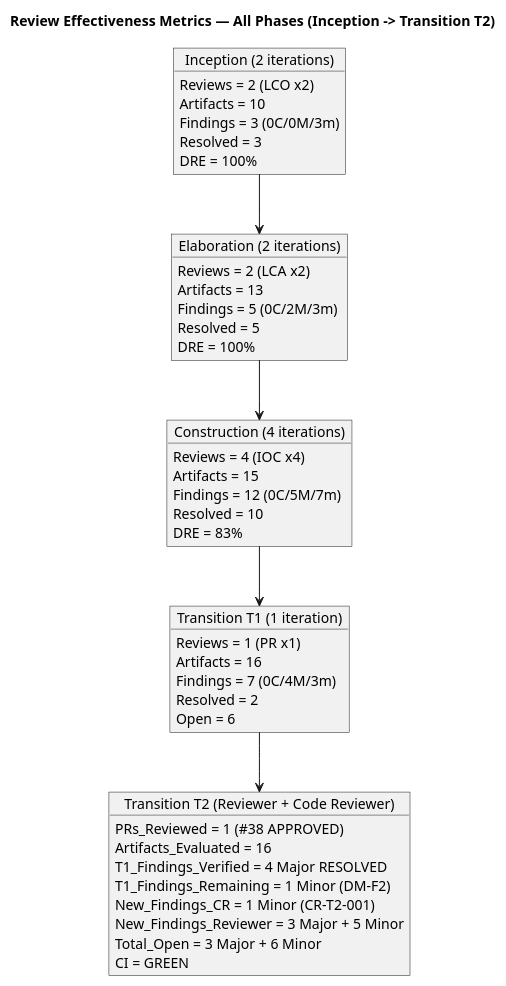
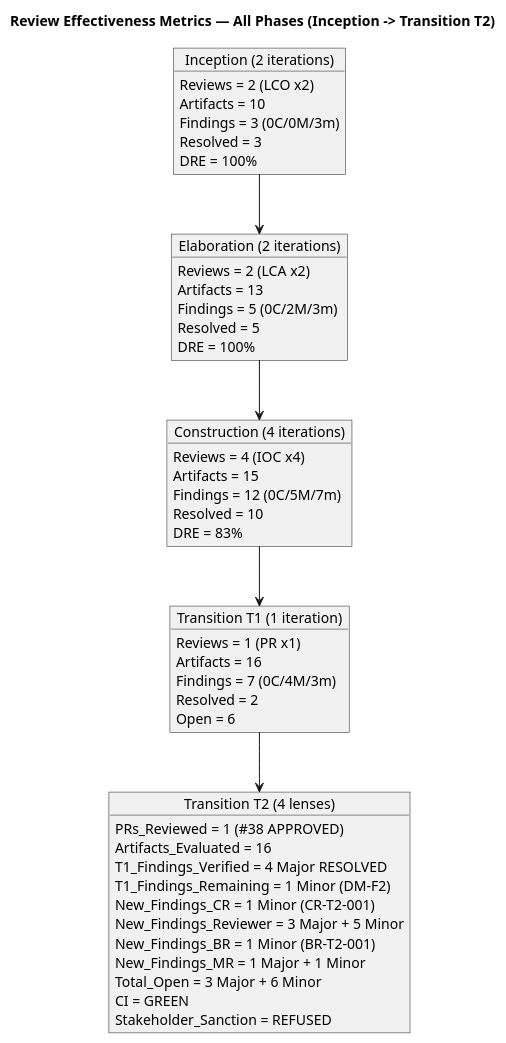
One commit to banense-test/portal-cuba-corp changed the third of 7 diagrams in docs/artifacts/project-management/review-record.md. Above: the diagram before and after it, drawn with PlantUML. The commit also changed other lines of this file, not shown here.

First line of the commit message:
Management Reviewer [T2]: upsert Review Record

````diff
--- a/docs/artifacts/project-management/review-record.md
+++ b/docs/artifacts/project-management/review-record.md
@@ -703,59 +373,62 @@
 ```plantuml
 @startuml
 title Review Effectiveness Metrics — All Phases (Inception -> Transition T2)
 
 skinparam classAttributeIconSize 0
 skinparam classBackgroundColor #F0F4FF
 skinparam classBorderColor #336699
 skinparam shadowing false
 
 object "Inception (2 iterations)" as INC {
   Reviews = 2 (LCO x2)
   Artifacts = 10
   Findings = 3 (0C/0M/3m)
   Resolved = 3
   DRE = 100%
 }
 
 object "Elaboration (2 iterations)" as ELA {
   Reviews = 2 (LCA x2)
   Artifacts = 13
   Findings = 5 (0C/2M/3m)
   Resolved = 5
   DRE = 100%
 }
 
 object "Construction (4 iterations)" as CON {
   Reviews = 4 (IOC x4)
   Artifacts = 15
   Findings = 12 (0C/5M/7m)
   Resolved = 10
   DRE = 83%
 }
 
 object "Transition T1 (1 iteration)" as TRA1 {
   Reviews = 1 (PR x1)
   Artifacts = 16
   Findings = 7 (0C/4M/3m)
   Resolved = 2
   Open = 6
 }
 
-object "Transition T2 (Reviewer + Code Reviewer)" as TRA2 {
+object "Transition T2 (4 lenses)" as TRA2 {
   PRs_Reviewed = 1 (#38 APPROVED)
   Artifacts_Evaluated = 16
   T1_Findings_Verified = 4 Major RESOLVED
   T1_Findings_Remaining = 1 Minor (DM-F2)
   New_Findings_CR = 1 Minor (CR-T2-001)
   New_Findings_Reviewer = 3 Major + 5 Minor
+  New_Findings_BR = 1 Minor (BR-T2-001)
+  New_Findings_MR = 1 Major + 1 Minor
   Total_Open = 3 Major + 6 Minor
   CI = GREEN
+  Stakeholder_Sanction = REFUSED
 }
 
 INC --> ELA
 ELA --> CON
 CON --> TRA1
 TRA1 --> TRA2
 
 @enduml
 ```
````
